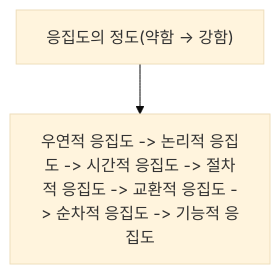
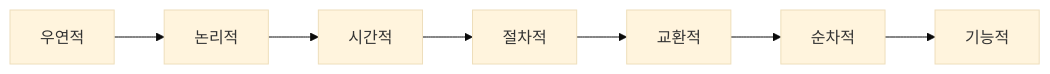
The third of 6 diagrams in 정보처리기사/1과목 소프트웨어 설계/042 응집도의 정도(약함 → 강함)/042 응집도의 정도(약함 → 강함).md (nes0903/study), drawn with Mermaid (base theme) before and after one commit. The commit also changed other lines of this file and 318 other files, not shown here.

````diff
--- a/정보처리기사/1과목 소프트웨어 설계/042 응집도의 정도(약함 → 강함)/042 응집도의 정도(약함 → 강함).md
+++ b/정보처리기사/1과목 소프트웨어 설계/042 응집도의 정도(약함 → 강함)/042 응집도의 정도(약함 → 강함).md
@@ -13,5 +61,10 @@
 ```mermaid
-flowchart TD
-    A["응집도의 정도(약함 → 강함)"]
-    A --> N1["우연적 응집도 -> 논리적 응집도 -> 시간적 응집도 -> 절차적 응집도 -> 교환적 응집도 -> 순차적 응집도 -> 기능적 응집도"]
+flowchart LR
+    A["우연적"]
+    A --> B["논리적"]
+    B --> C["시간적"]
+    C --> D["절차적"]
+    D --> E["교환적"]
+    E --> F["순차적"]
+    F --> G["기능적"]
 ```
````
